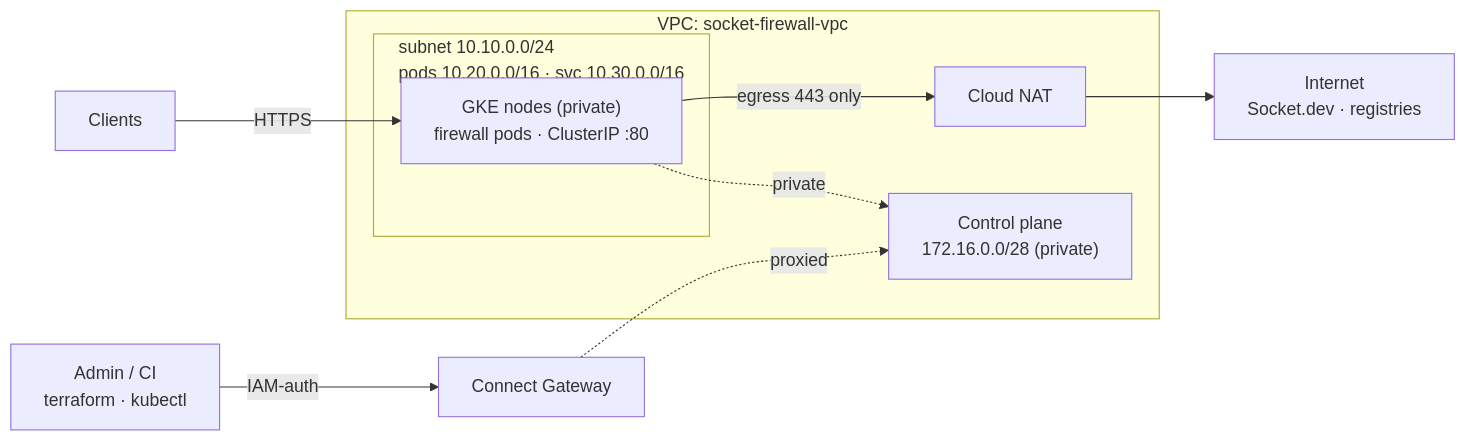
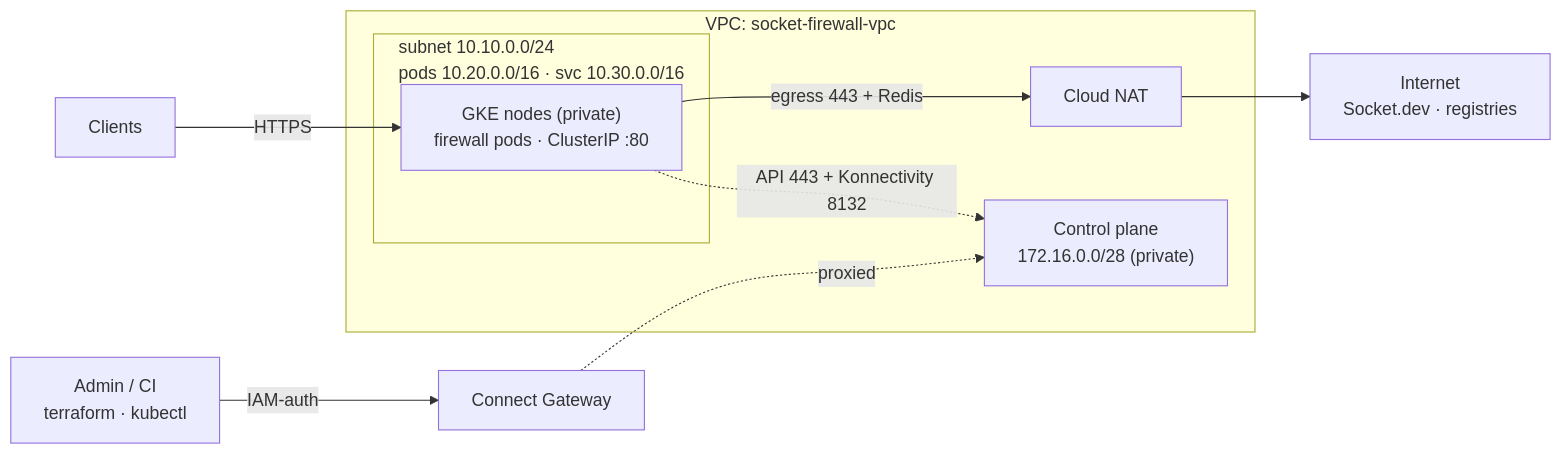
One commit to getsentry/security-socket-firewall changed the second of 3 diagrams in README.md. Above: the diagram before and after it, drawn with Mermaid. The commit also changed other lines of this file and 3 other files, not shown here.

````diff
--- a/README.md
+++ b/README.md
@@ -47,22 +47,22 @@
 ```mermaid
 flowchart LR
     CLIENT["Clients"]
     ADMIN["Admin / CI<br/>terraform · kubectl"]
     CGW["Connect Gateway"]
     INTERNET["Internet<br/>Socket.dev · registries"]
 
     subgraph VPC["VPC: socket-firewall-vpc"]
         subgraph SUB["subnet 10.10.0.0/24<br/>pods 10.20.0.0/16 · svc 10.30.0.0/16"]
             NODES["GKE nodes (private)<br/>firewall pods · ClusterIP :80"]
         end
         NAT["Cloud NAT"]
         MASTER["Control plane<br/>172.16.0.0/28 (private)"]
     end
 
     CLIENT -->|HTTPS| NODES
-    NODES -->|egress 443 only| NAT
+    NODES -->|egress 443 + Redis| NAT
     NAT --> INTERNET
-    NODES -.->|private| MASTER
+    NODES -.->|API 443 + Konnectivity 8132| MASTER
     ADMIN -->|IAM-auth| CGW
     CGW -.->|proxied| MASTER
 ```
````
